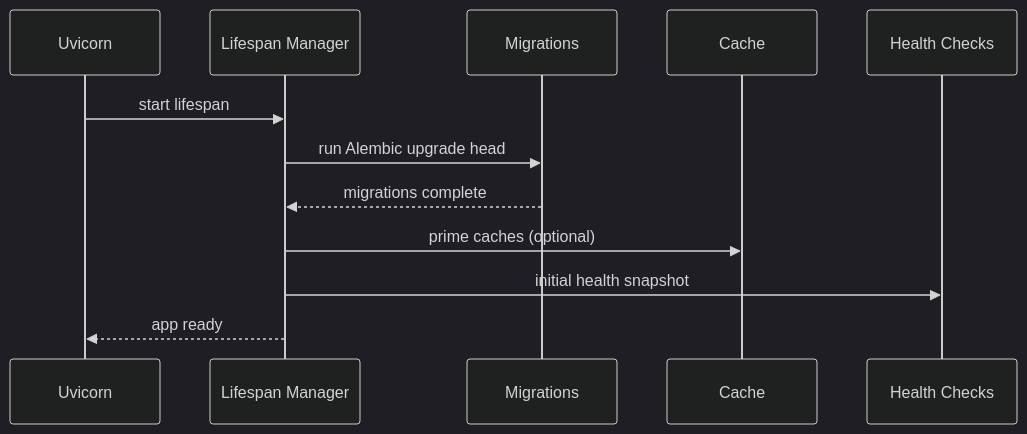
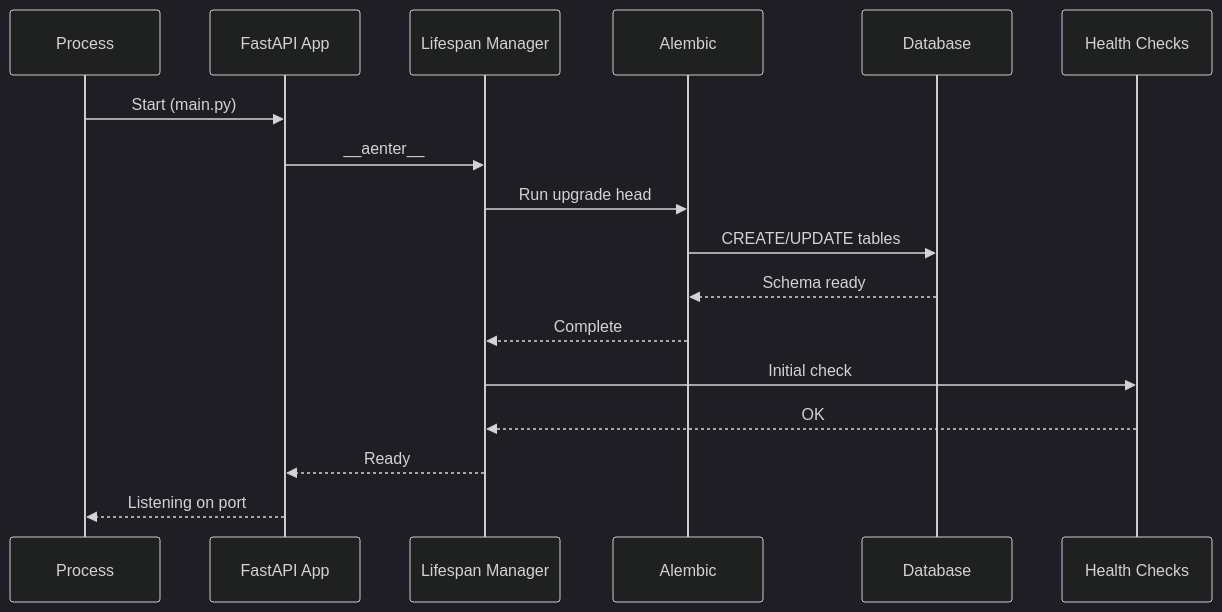
The third of 14 diagrams in docs/development/ARCHITECTURE_DIAGRAMS.md (bs1gr/AUT_MIEEK_SMS), drawn with Mermaid (dark theme) before and after one commit. The commit also changed other lines of this file and 1 other file, not shown here.

First line of the commit message:
docs: Complete v1.11.1 extended session deliverables

````diff
--- a/docs/development/ARCHITECTURE_DIAGRAMS.md
+++ b/docs/development/ARCHITECTURE_DIAGRAMS.md
@@ -27,15 +85,20 @@
 ```mermaid
 sequenceDiagram
-  participant U as Uvicorn
-  participant L as Lifespan Manager
-  participant M as Migrations
-  participant C as Cache
-  participant H as Health Checks
+  participant Process as Process
+  participant App as FastAPI App
+  participant Lifespan as Lifespan Manager
+  participant Migrations as Alembic
+  participant DB as Database
+  participant Health as Health Checks
 
-  U->>L: start lifespan
-  L->>M: run Alembic upgrade head
-  M-->>L: migrations complete
-  L->>C: prime caches (optional)
-  L->>H: initial health snapshot
-  L-->>U: app ready
+  Process->>App: Start (main.py)
+  App->>Lifespan: __aenter__
+  Lifespan->>Migrations: Run upgrade head
+  Migrations->>DB: CREATE/UPDATE tables
+  DB-->>Migrations: Schema ready
+  Migrations-->>Lifespan: Complete
+  Lifespan->>Health: Initial check
+  Health-->>Lifespan: OK
+  Lifespan-->>App: Ready
+  App-->>Process: Listening on port
 ```
````
